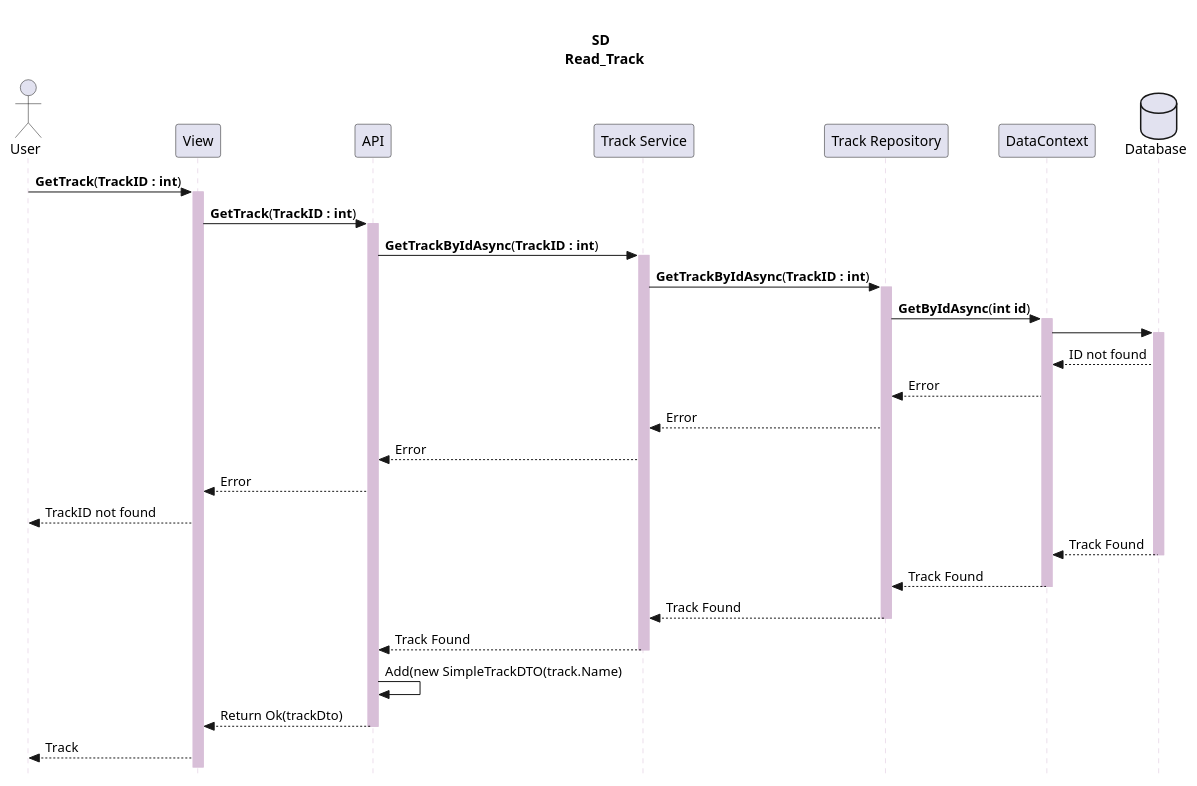
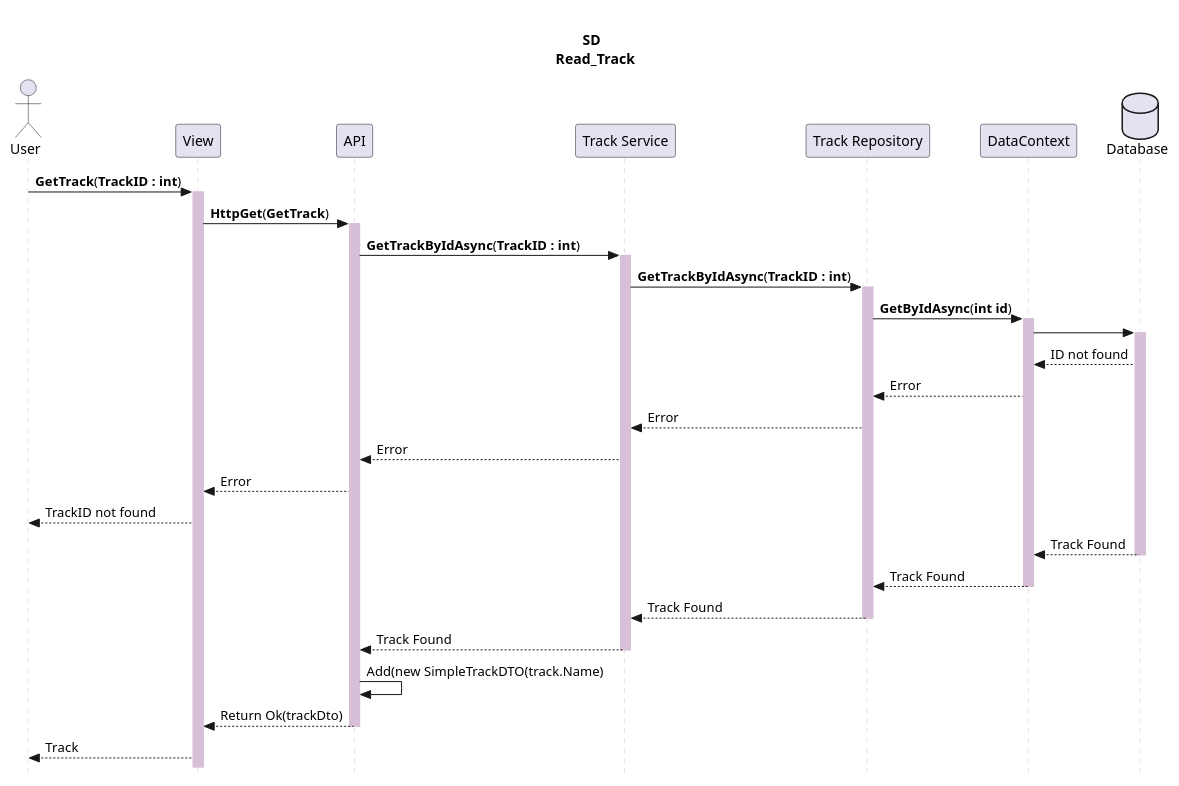
The diagram in Dokumentation/Scenarier/Baner/Development View/SD/ReadTrack.wsd (Team-1-ucl/DogApp), drawn with PlantUML before and after one commit. The commit also changed 1 other file, not shown here.

```diff
--- a/Dokumentation/Scenarier/Baner/Development View/SD/ReadTrack.wsd
+++ b/Dokumentation/Scenarier/Baner/Development View/SD/ReadTrack.wsd
@@ -1,55 +1,55 @@
 @startuml SeBane
 
 title \nSD\n  Read_Track
 skinparam SequenceGroupBorderThickness 0.01
 skinparam SequenceDividerBorderColor MediumPurple
 skinparam SequenceDividerBackgroundColor MediumPurple
 skinparam SequenceGroupBodyBackgroundColor MOTIVATION
 skinparam SequenceGroupFontColor DarkOrchid
 skinparam SequenceGroupBackgroundColor Thistle
 skinparam SequenceLifeLineBackgroundColor Thistle
 skinparam SequenceLifeLineBorderColor Thistle
 skinparam Style strictUML
 
 actor User
 participant "View" as UI
 participant "API" as Ap
 participant "Track Service" as Ts
 participant "Track Repository" as Tr
 participant "DataContext" as Dc
 
 database "Database" as Db
 
 User -> UI : **GetTrack**(**TrackID : int**)
 activate UI
-UI -> Ap : **GetTrack**(**TrackID : int**)
+UI -> Ap : **HttpGet**(**GetTrack**)
 activate Ap
 Ap -> Ts : **GetTrackByIdAsync**(**TrackID : int**)
 activate Ts
 Ts -> Tr : **GetTrackByIdAsync**(**TrackID : int**)
 activate Tr
 Tr -> Dc : **GetByIdAsync**(**int id**)
 activate Dc
 Dc -> Db
 activate Db
 Db --> Dc : ID not found
 Dc --> Tr : Error
 Tr --> Ts : Error
 Ts --> Ap : Error
 Ap --> UI : Error
 UI --> User : TrackID not found
 Db -->Dc : Track Found
 deactivate Db
 Dc -->Tr : Track Found
 deactivate Dc
 Tr-->Ts : Track Found
 deactivate Tr
 Ts-->Ap : Track Found
 deactivate Ts
 Ap->Ap : Add(new SimpleTrackDTO(track.Name)
 Ap--> UI : Return Ok(trackDto)
 deactivate Ap
 
 UI --> User : Track
 
 @enduml
```
